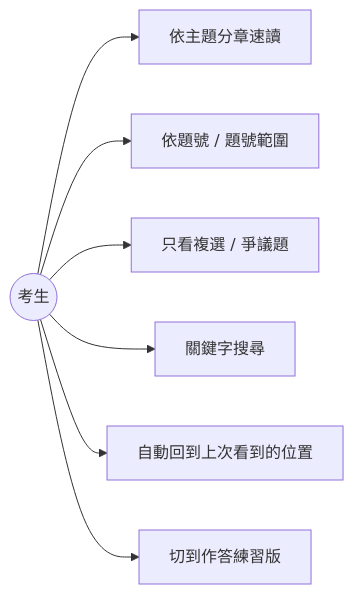
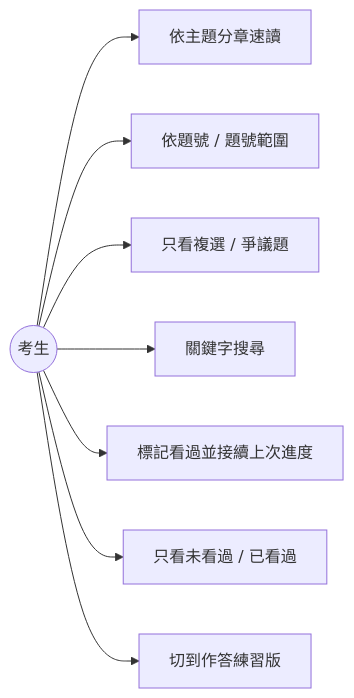
Before and after one commit to cuteman0725/aws-dea-c01-question-bank: the fourth of 5 diagrams in gen_answer_zh.md, drawn with Mermaid. The commit also changed other lines of this file and 3 other files, not shown here.

````diff
--- a/gen_answer_zh.md
+++ b/gen_answer_zh.md
@@ -101,10 +104,11 @@
 ```mermaid
 flowchart LR
     U((考生))
     U --> UC0[依主題分章速讀]
     U --> UC1[依題號 / 題號範圍]
     U --> UC2[只看複選 / 爭議題]
     U --> UC3[關鍵字搜尋]
-    U --> UC4[自動回到上次看到的位置]
+    U --> UC4[標記看過並接續上次進度]
+    U --> UC6[只看未看過 / 已看過]
     U --> UC5[切到作答練習版]
 ```
````
